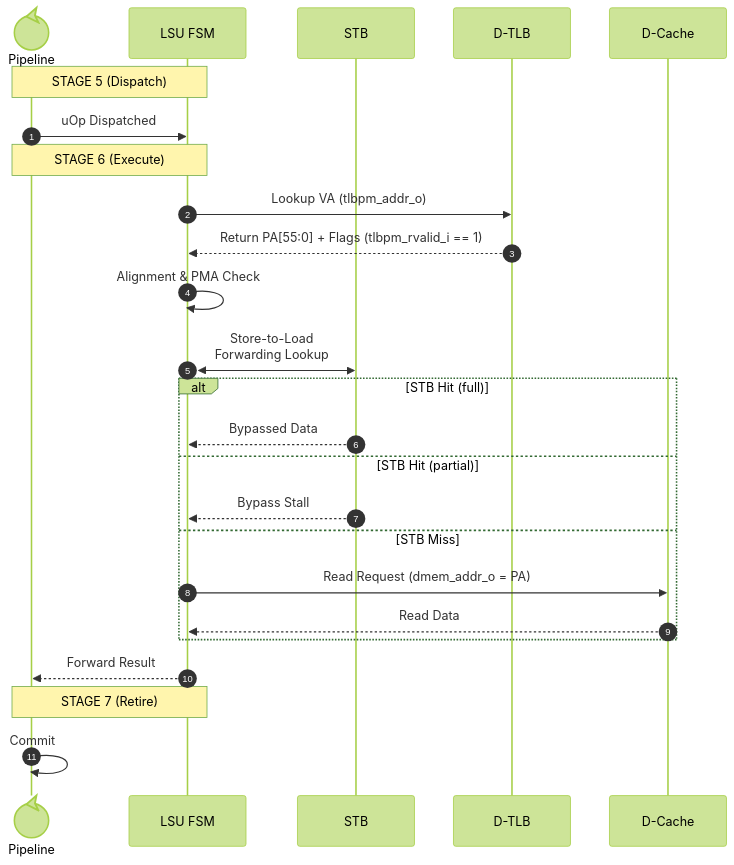
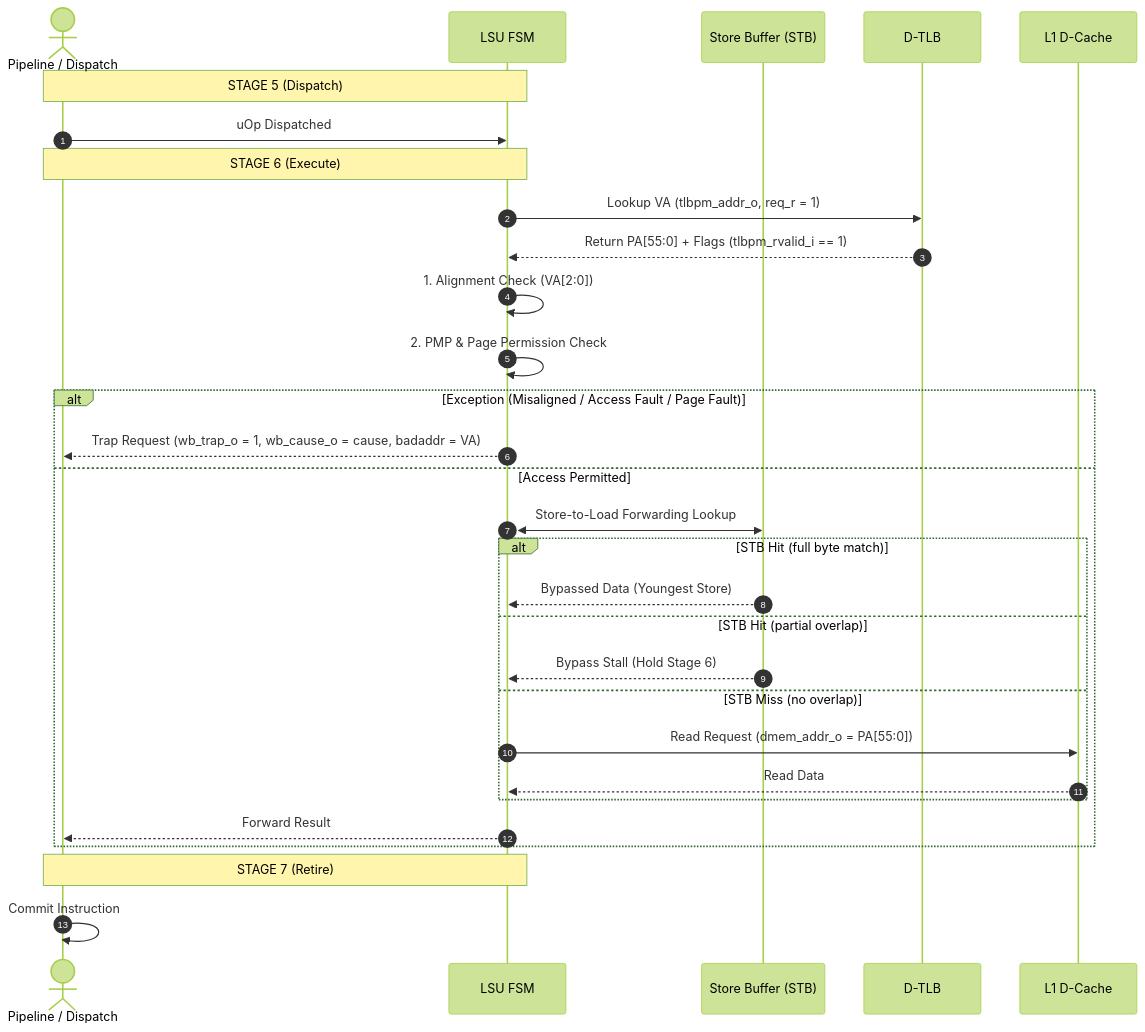
One commit to AGH-Logic-Unit/pv-crab-core changed the first of 3 diagrams in docs/uarch/execute/lsu/overview.md. Above: the diagram before and after it, drawn with Mermaid (forest theme). The commit also changed other lines of this file and 7 other files, not shown here.

````diff
--- a/docs/uarch/execute/lsu/overview.md
+++ b/docs/uarch/execute/lsu/overview.md
@@ -137,28 +148,34 @@
 ```mermaid
 sequenceDiagram
     autonumber
-    actor PIPE@{"type": "control", "alias": "Pipeline"}
+    actor PIPE as Pipeline / Dispatch
     participant LSU as LSU FSM
-    participant STB as STB
+    participant STB as Store Buffer (STB)
     participant DTLB as D-TLB
-    participant CACHE as D-Cache
+    participant CACHE as L1 D-Cache
 
     Note over PIPE,LSU: STAGE 5 (Dispatch)
         PIPE->>LSU: uOp Dispatched
     Note over PIPE,LSU: STAGE 6 (Execute)
-        LSU->>DTLB: Lookup VA (tlbpm_addr_o)
+        LSU->>DTLB: Lookup VA (tlbpm_addr_o, req_r = 1)
         DTLB-->>LSU: Return PA[55:0] + Flags (tlbpm_rvalid_i == 1)
-        LSU->>LSU: Alignment & PMA Check
-        LSU<<->>STB: Store-to-Load<br/>Forwarding Lookup
-        alt STB Hit (full)
-            STB-->>LSU: Bypassed Data
-        else STB Hit (partial)
-            STB-->>LSU: Bypass Stall
-        else STB Miss
-            LSU->>CACHE: Read Request (dmem_addr_o = PA)
-            CACHE-->>LSU: Read Data
+        LSU->>LSU: 1. Alignment Check (VA[2:0])
+        LSU->>LSU: 2. PMP & Page Permission Check
+
+        alt Exception (Misaligned / Access Fault / Page Fault)
+            LSU-->>PIPE: Trap Request (wb_trap_o = 1, wb_cause_o = cause, badaddr = VA)
+        else Access Permitted
+            LSU<<->>STB: Store-to-Load Forwarding Lookup
+            alt STB Hit (full byte match)
+                STB-->>LSU: Bypassed Data (Youngest Store)
+            else STB Hit (partial overlap)
+                STB-->>LSU: Bypass Stall (Hold Stage 6)
+            else STB Miss (no overlap)
+                LSU->>CACHE: Read Request (dmem_addr_o = PA[55:0])
+                CACHE-->>LSU: Read Data
+            end
+            LSU-->>PIPE: Forward Result
         end
-        LSU-->>PIPE: Forward Result
     Note over PIPE,LSU: STAGE 7 (Retire)
-        PIPE->>PIPE: Commit
+        PIPE->>PIPE: Commit Instruction
 ```
````
